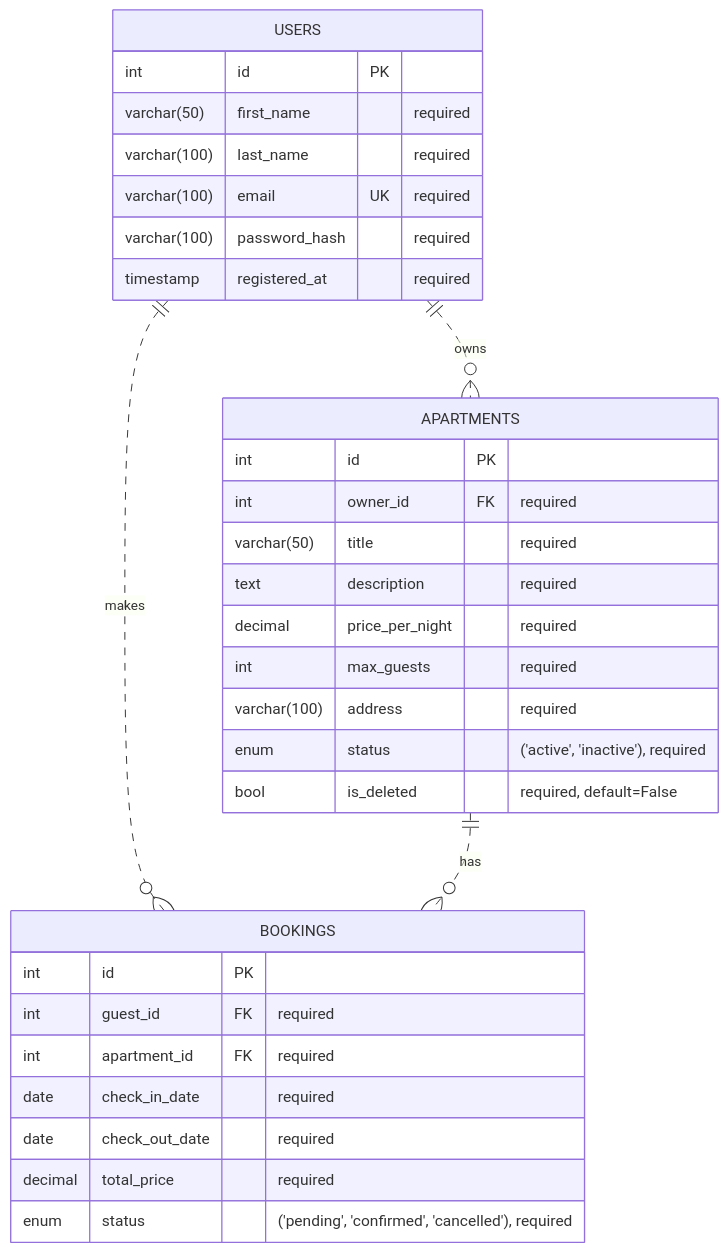
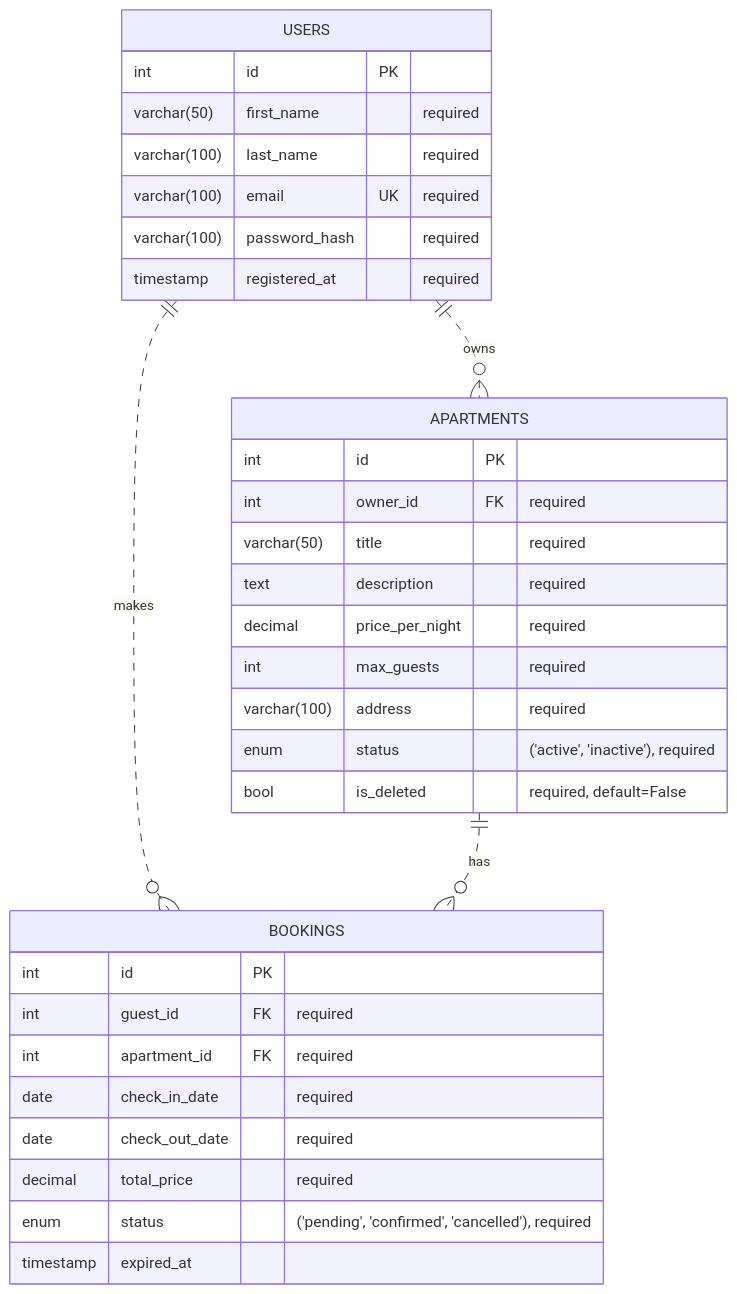
The diagram in lab1/erd.md (opvlad/kpi-mavpz), drawn with Mermaid before and after one commit.

Commit message:
feat: added expired_at to bookings

````diff
--- a/lab1/erd.md
+++ b/lab1/erd.md
@@ -1,37 +1,38 @@
 ```mermaid
 erDiagram
     USERS {
         int id PK
         varchar(50) first_name "required"
         varchar(100) last_name "required"
         varchar(100) email UK "required"
         varchar(100) password_hash "required"
         timestamp registered_at "required"
     }
     APARTMENTS {
         int id PK
         int owner_id FK "required"
         varchar(50) title "required"
         text description "required"
         decimal price_per_night "required"
         int max_guests "required"
         varchar(100) address "required"
         enum status
         "('active', 'inactive'), required"
         bool is_deleted "required, default=False"
     }
     BOOKINGS {
         int id PK
         int guest_id FK "required"
         int apartment_id FK "required"
         date check_in_date "required"
         date check_out_date "required"
         decimal total_price "required"
         enum status
         "('pending', 'confirmed', 'cancelled'), required"
+        timestamp expired_at
     }
 
     USERS ||..o{ BOOKINGS : makes
     USERS ||..o{ APARTMENTS : owns
     APARTMENTS ||..o{ BOOKINGS : has
 ```
````
